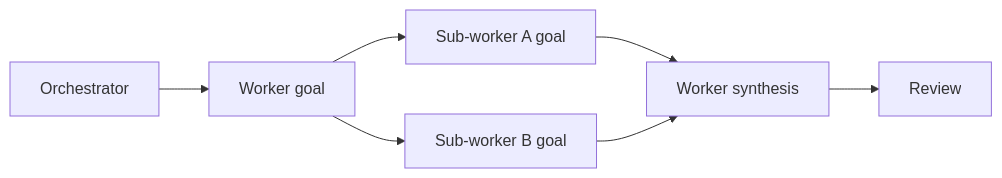
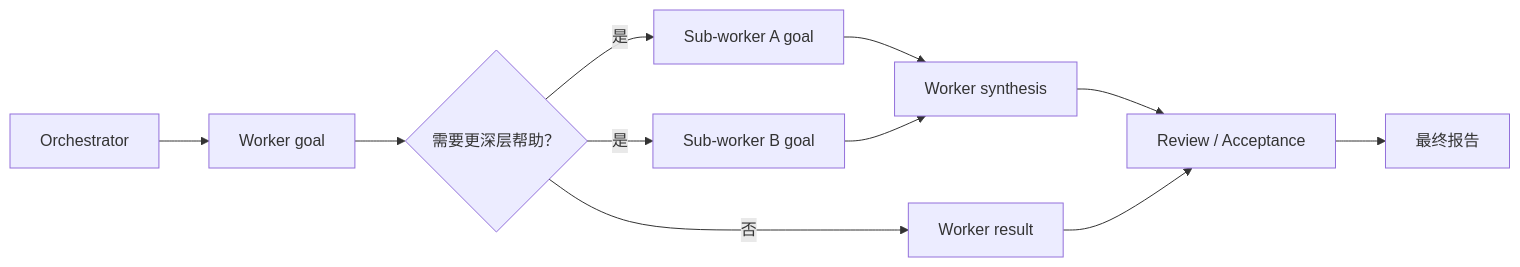
The fourth of 4 diagrams in README.zh-CN.md (patrick-fu/parallel-goal-workflows), drawn with Mermaid before and after one commit. The commit also changed other lines of this file and 1 other file, not shown here.

First line of the commit message:
Simplify standalone workflow shape diagrams

````diff
--- a/README.zh-CN.md
+++ b/README.zh-CN.md
@@ -120,9 +103,13 @@
 ```mermaid
 flowchart LR
   O["Orchestrator"] --> W["Worker goal"]
-  W --> A["Sub-worker A goal"]
-  W --> B["Sub-worker B goal"]
+  W --> Decision{"需要更深层帮助？"}
+  Decision -- "是" --> A["Sub-worker A goal"]
+  Decision -- "是" --> B["Sub-worker B goal"]
   A --> S["Worker synthesis"]
   B --> S
-  S --> R["Review"]
+  Decision -- "否" --> Direct["Worker result"]
+  S --> Review["Review / Acceptance"]
+  Direct --> Review
+  Review --> Report["最终报告"]
 ```
````
